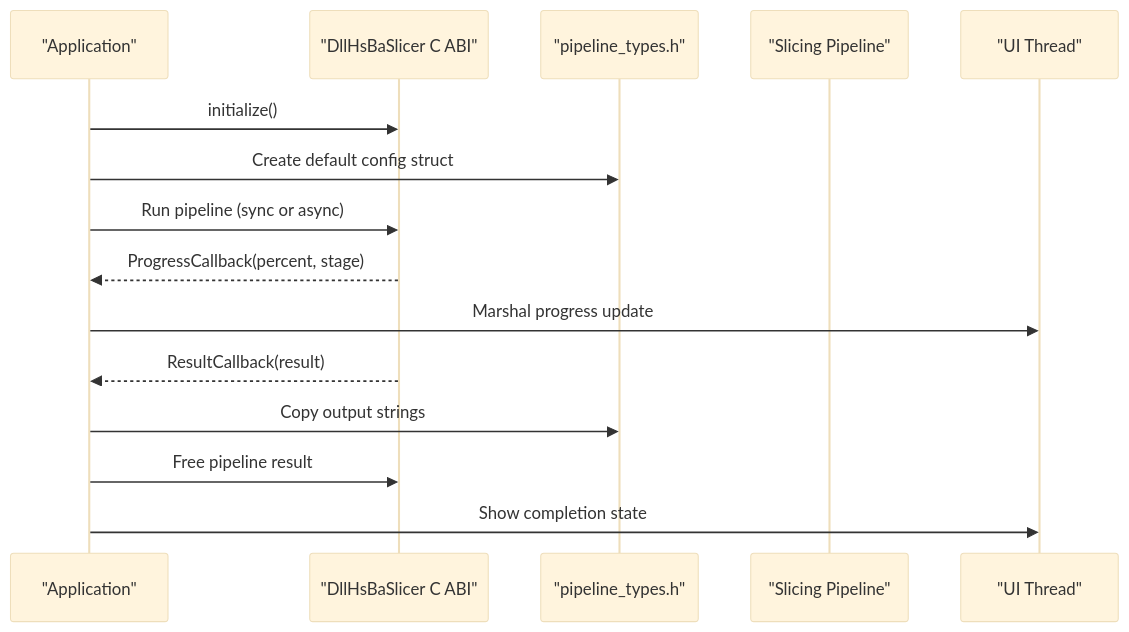
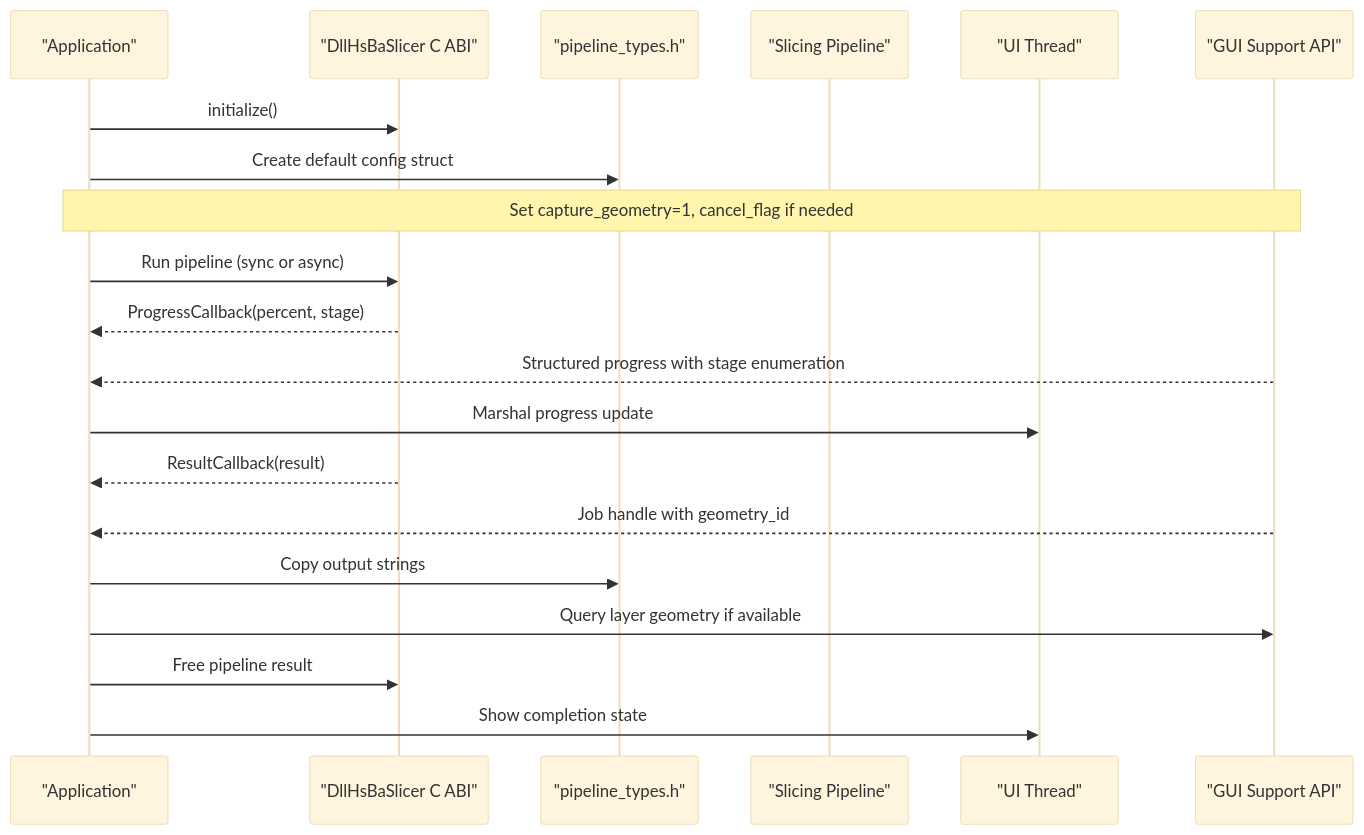
Before and after one commit to hsmbanlance/HsBaSlicer: the second of 10 diagrams in .qoder/repowiki/en/content/Integration Guide/Integration Guide.md, drawn with Mermaid (base theme). The commit also changed other lines of this file and 101 other files, not shown here.

````diff
--- a/.qoder/repowiki/en/content/Integration Guide/Integration Guide.md
+++ b/.qoder/repowiki/en/content/Integration Guide/Integration Guide.md
@@ -97,17 +226,22 @@
 ```mermaid
 sequenceDiagram
 participant App as "Application"
 participant ABI as "DllHsBaSlicer C ABI"
 participant Types as "pipeline_types.h"
 participant Pipeline as "Slicing Pipeline"
 participant UI as "UI Thread"
+participant GUIAPI as "GUI Support API"
 App->>ABI : initialize()
 App->>Types : Create default config struct
+Note over App,GUIAPI : Set capture_geometry=1, cancel_flag if needed
 App->>ABI : Run pipeline (sync or async)
 ABI-->>App : ProgressCallback(percent, stage)
+GUIAPI-->>App : Structured progress with stage enumeration
 App->>UI : Marshal progress update
 ABI-->>App : ResultCallback(result)
+GUIAPI-->>App : Job handle with geometry_id
 App->>Types : Copy output strings
+App->>GUIAPI : Query layer geometry if available
 App->>ABI : Free pipeline result
 App->>UI : Show completion state
 ```
````
